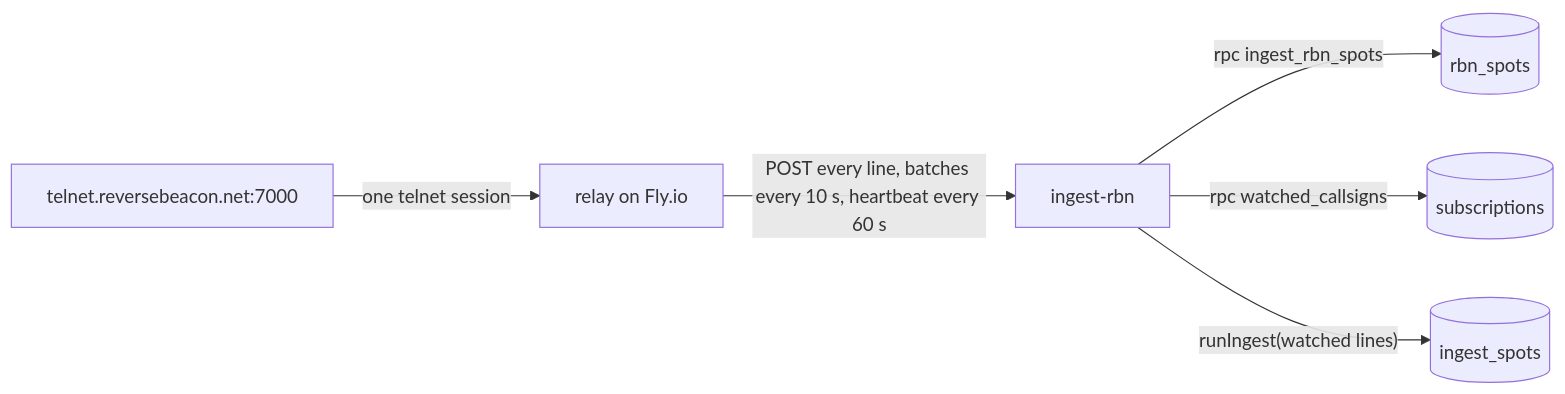
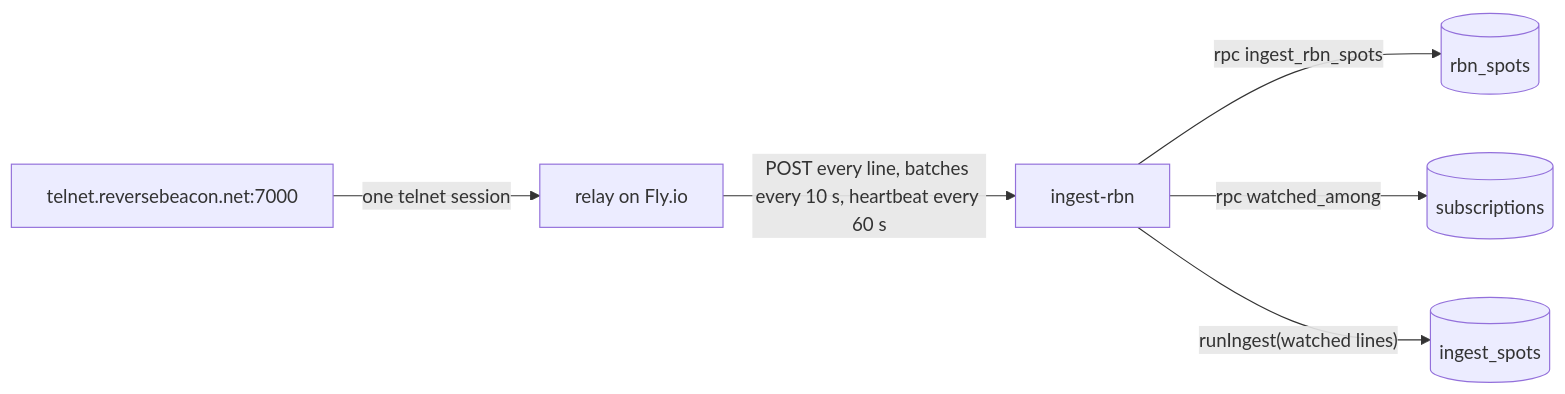
One commit to johnsonm/longlines changed the fifth of 6 diagrams in docs/ARCHITECTURE.md. Above: the diagram before and after it, drawn with Mermaid. The commit also changed other lines of this file and 13 other files, not shown here.

````diff
--- a/docs/ARCHITECTURE.md
+++ b/docs/ARCHITECTURE.md
@@ -340,8 +347,8 @@
 ```mermaid
 flowchart LR
   RBN[telnet.reversebeacon.net:7000] -- "one telnet session" --> R[relay on Fly.io]
   R -- "POST every line, batches every 10 s, heartbeat every 60 s" --> F[ingest-rbn]
   F -- "rpc ingest_rbn_spots" --> RS[(rbn_spots)]
-  F -- "rpc watched_callsigns" --> W[(subscriptions)]
+  F -- "rpc watched_among" --> W[(subscriptions)]
   F -- "runIngest(watched lines)" --> RPC[(ingest_spots)]
 ```
````
